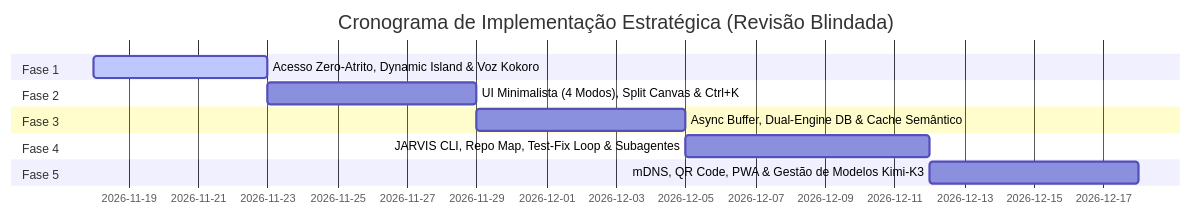
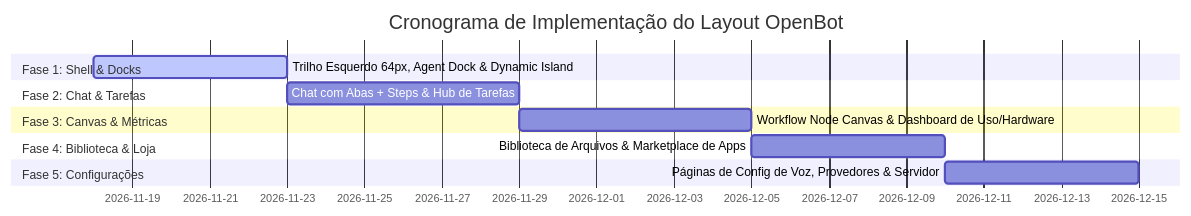
One commit to AlexandreCalmonJr/JarvisHub_IA changed the diagram in docs/PLANO_EVOLUCAO_PRO.md. Above: the diagram before and after it, drawn with Mermaid. The commit also changed other lines of this file, not shown here.

Commit message:
docs(plan): integrate OpenBot complete UI architecture, screens, agent dock and dynamic island

````diff
--- a/docs/PLANO_EVOLUCAO_PRO.md
+++ b/docs/PLANO_EVOLUCAO_PRO.md
@@ -78,15 +215,15 @@
 ```mermaid
 gantt
-    title Cronograma de Implementação Estratégica (Revisão Blindada)
+    title Cronograma de Implementação do Layout OpenBot
     dateFormat  YYYY-MM-DD
-    section Fase 1
-    Acesso Zero-Atrito, Dynamic Island & Voz Kokoro  :active, f1, 2026-11-18, 5d
-    section Fase 2
-    UI Minimalista (4 Modos), Split Canvas & Ctrl+K  :f2, after f1, 6d
-    section Fase 3
-    Async Buffer, Dual-Engine DB & Cache Semântico   :f3, after f2, 6d
-    section Fase 4
-    JARVIS CLI, Repo Map, Test-Fix Loop & Subagentes :f4, after f3, 7d
-    section Fase 5
-    mDNS, QR Code, PWA & Gestão de Modelos Kimi-K3   :f5, after f4, 6d
+    section Fase 1: Shell & Docks
+    Trilho Esquerdo 64px, Agent Dock & Dynamic Island :active, b1, 2026-11-18, 5d
+    section Fase 2: Chat & Tarefas
+    Chat com Abas + Steps & Hub de Tarefas           :b2, after b1, 6d
+    section Fase 3: Canvas & Métricas
+    Workflow Node Canvas & Dashboard de Uso/Hardware  :b3, after b2, 6d
+    section Fase 4: Biblioteca & Loja
+    Biblioteca de Arquivos & Marketplace de Apps     :b4, after b3, 5d
+    section Fase 5: Configurações
+    Páginas de Config de Voz, Provedores & Servidor  :b5, after b4, 5d
 ```
````
